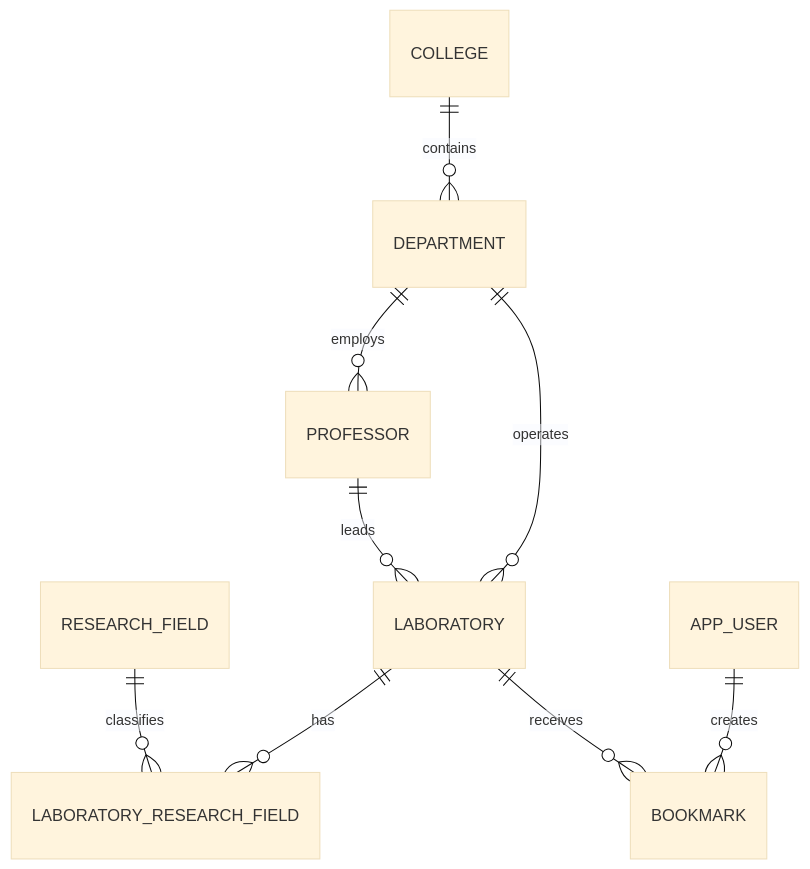
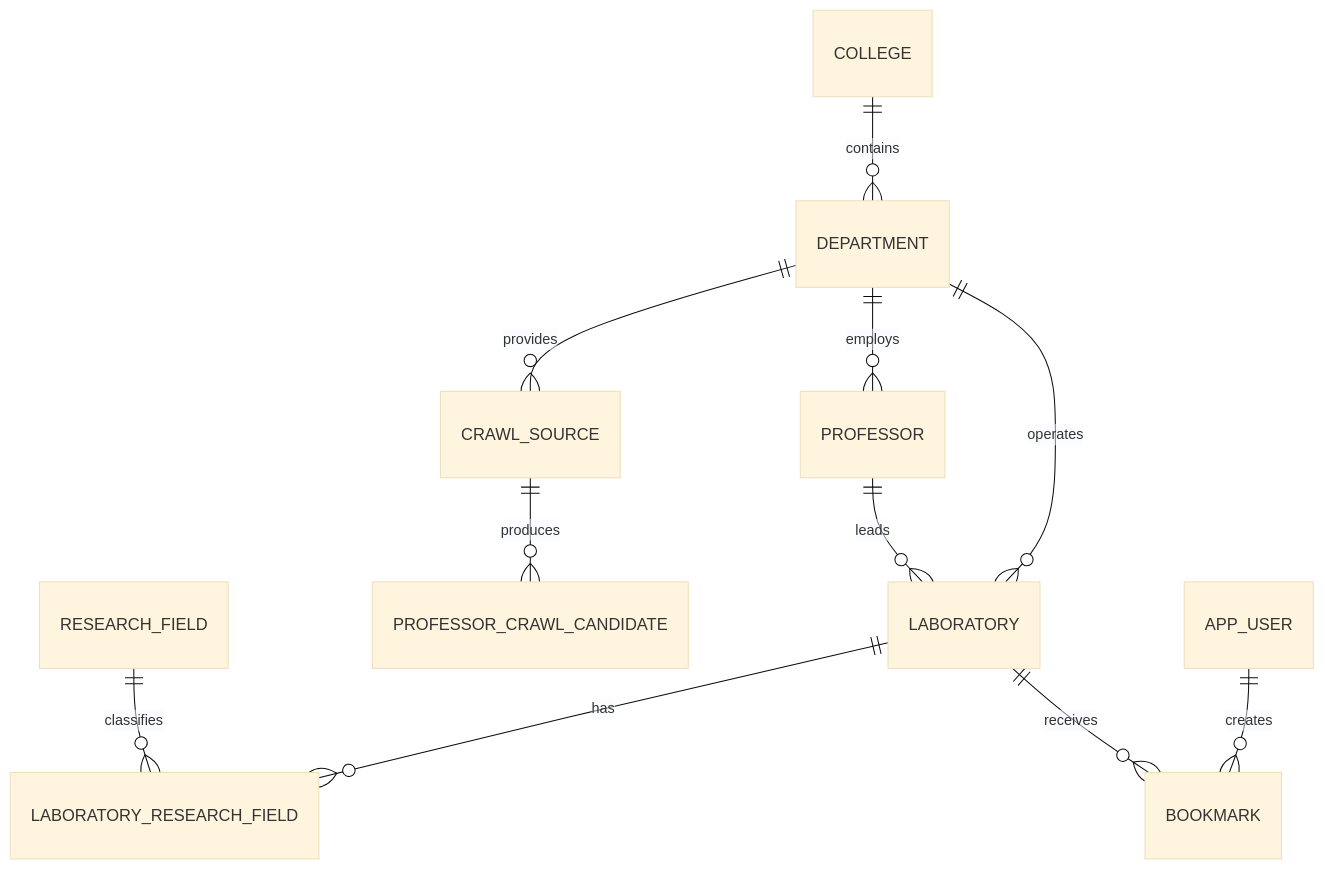
One commit to chaehyunL/SEBU-backend changed the diagram in docs/erd.md. Above: the diagram before and after it, drawn with Mermaid (base theme). The commit also changed other lines of this file and 2 other files, not shown here.

````diff
--- a/docs/erd.md
+++ b/docs/erd.md
@@ -3,11 +3,13 @@
 ```mermaid
 erDiagram
     COLLEGE ||--o{ DEPARTMENT : contains
     DEPARTMENT ||--o{ PROFESSOR : employs
     DEPARTMENT ||--o{ LABORATORY : operates
+    DEPARTMENT ||--o{ CRAWL_SOURCE : provides
     PROFESSOR ||--o{ LABORATORY : leads
+    CRAWL_SOURCE ||--o{ PROFESSOR_CRAWL_CANDIDATE : produces
     LABORATORY ||--o{ LABORATORY_RESEARCH_FIELD : has
     RESEARCH_FIELD ||--o{ LABORATORY_RESEARCH_FIELD : classifies
     APP_USER ||--o{ BOOKMARK : creates
     LABORATORY ||--o{ BOOKMARK : receives
 ```
````
